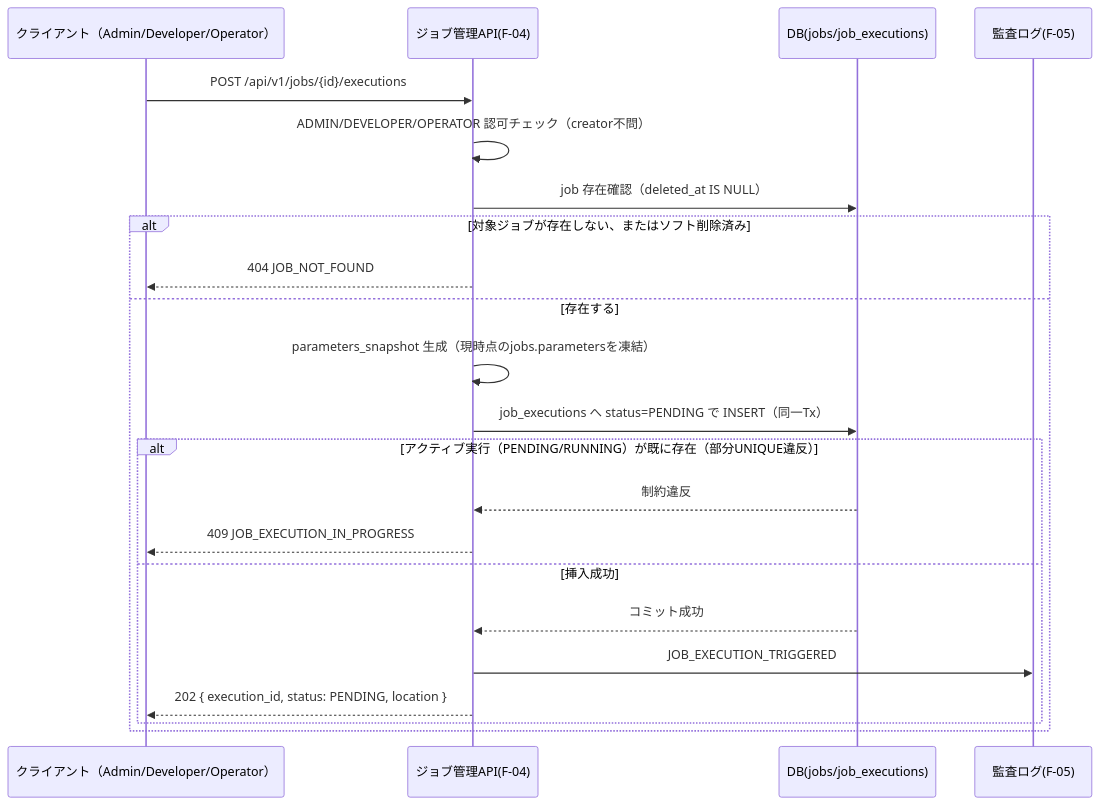
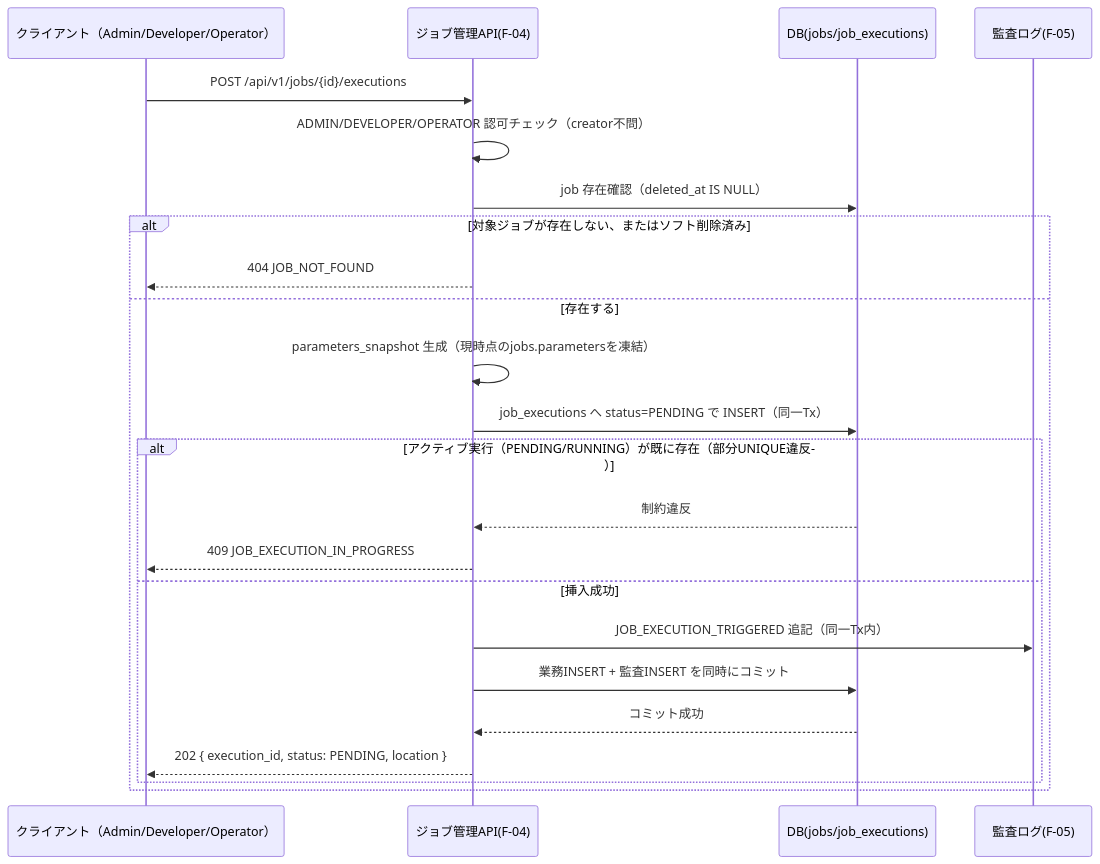
Before and after one commit to ryohei-sumii/ForgeHub: the second of 5 diagrams in docs/design/f-04-job-management.md, drawn with Mermaid. The commit also changed other lines of this file and 5 other files, not shown here.

````diff
--- a/docs/design/f-04-job-management.md
+++ b/docs/design/f-04-job-management.md
@@ -220,25 +221,26 @@
 ```mermaid
 sequenceDiagram
     participant C as クライアント（Admin/Developer/Operator）
     participant A as ジョブ管理API(F-04)
     participant D as DB(jobs/job_executions)
     participant L as 監査ログ(F-05)
 
     C->>A: POST /api/v1/jobs/{id}/executions
     A->>A: ADMIN/DEVELOPER/OPERATOR 認可チェック（creator不問）
     A->>D: job 存在確認（deleted_at IS NULL）
     alt 対象ジョブが存在しない、またはソフト削除済み
         A-->>C: 404 JOB_NOT_FOUND
     else 存在する
         A->>A: parameters_snapshot 生成（現時点のjobs.parametersを凍結）
         A->>D: job_executions へ status=PENDING で INSERT（同一Tx）
         alt アクティブ実行（PENDING/RUNNING）が既に存在（部分UNIQUE違反）
             D-->>A: 制約違反
             A-->>C: 409 JOB_EXECUTION_IN_PROGRESS
         else 挿入成功
+            A->>L: JOB_EXECUTION_TRIGGERED 追記（同一Tx内）
+            A->>D: 業務INSERT + 監査INSERT を同時にコミット
             D-->>A: コミット成功
-            A->>L: JOB_EXECUTION_TRIGGERED
             A-->>C: 202 { execution_id, status: PENDING, location }
         end
     end
 ```
````
